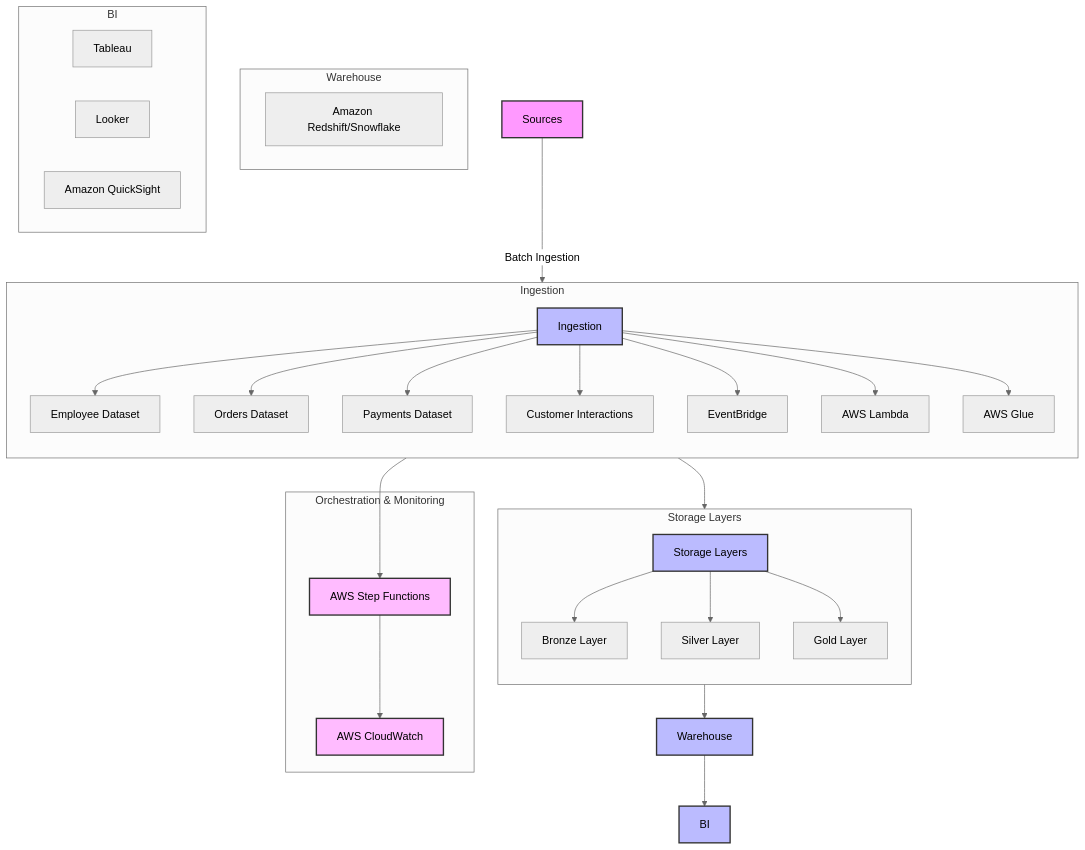
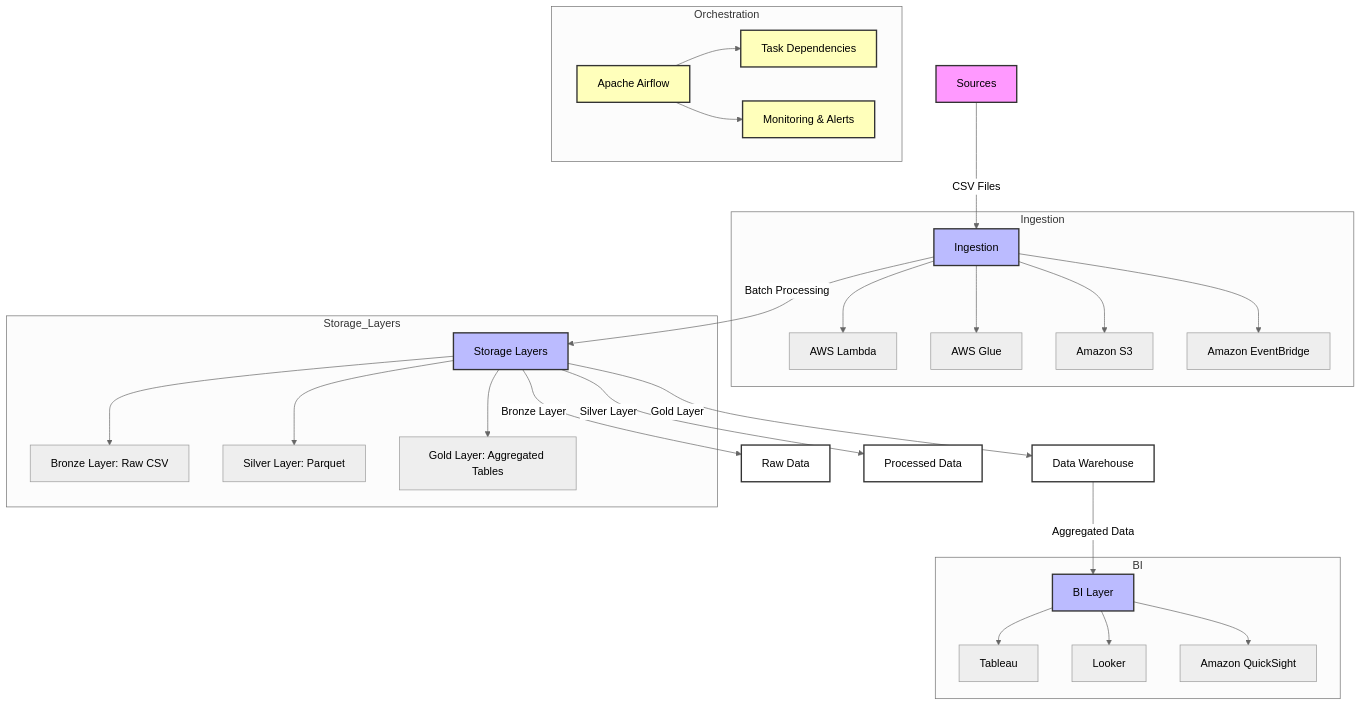
Before and after one commit to sreemaanshivkirth05/ai-data-engineer: the diagram in outputs/architecture_diagram.md, drawn with Mermaid (neutral theme). The commit also changed 32 other files, not shown here.

````diff
--- a/outputs/architecture_diagram.md
+++ b/outputs/architecture_diagram.md
@@ -1,63 +1,57 @@
 ```mermaid
 graph TD
-    A[Sources] -->|Batch Ingestion| B[Ingestion]
-    B --> C[Storage Layers]
-    C --> D[Warehouse]
-    D --> E[BI]
+    A[Sources] -->|CSV Files| B[Ingestion]
+    B -->|Batch Processing| C[Storage Layers]
+    C -->|Bronze Layer| D[Raw Data]
+    C -->|Silver Layer| E[Processed Data]
+    C -->|Gold Layer| F[Data Warehouse]
+    F -->|Aggregated Data| G[BI Layer]
     
     subgraph Ingestion
-        direction TB
-        B1[Employee Dataset]
-        B2[Orders Dataset]
-        B3[Payments Dataset]
-        B4[Customer Interactions]
-        B5[EventBridge]
-        B6[AWS Lambda]
-        B7[AWS Glue]
-        
+        B1[AWS Lambda]
+        B2[AWS Glue]
+        B3[Amazon S3]
+        B4[Amazon EventBridge]
         B --> B1
         B --> B2
         B --> B3
         B --> B4
-        B --> B5
-        B --> B6
-        B --> B7
     end
 
-    subgraph Storage Layers
-        direction TB
-        C1[Bronze Layer]
-        C2[Silver Layer]
-        C3[Gold Layer]
-        
+    subgraph Storage_Layers
+        C1[Bronze Layer: Raw CSV]
+        C2[Silver Layer: Parquet]
+        C3[Gold Layer: Aggregated Tables]
         C --> C1
         C --> C2
         C --> C3
     end
 
-    subgraph Warehouse
-        D1[Amazon Redshift/Snowflake]
+    subgraph Orchestration
+        O1[Apache Airflow]
+        O2[Task Dependencies]
+        O3[Monitoring & Alerts]
+        O1 --> O2
+        O1 --> O3
     end
 
     subgraph BI
-        E1[Tableau]
-        E2[Looker]
-        E3[Amazon QuickSight]
+        G1[Tableau]
+        G2[Looker]
+        G3[Amazon QuickSight]
+        G --> G1
+        G --> G2
+        G --> G3
     end
 
-    subgraph Orchestration & Monitoring
-        F[AWS Step Functions]
-        G[AWS CloudWatch]
-        
-        B --> F
-        F --> G
-    end
-
-    style A fill:#f9f,stroke:#333,stroke-width:2px
-    style B fill:#bbf,stroke:#333,stroke-width:2px
-    style C fill:#bbf,stroke:#333,stroke-width:2px
-    style D fill:#bbf,stroke:#333,stroke-width:2px
-    style E fill:#bbf,stroke:#333,stroke-width:2px
-    style F fill:#fbf,stroke:#333,stroke-width:2px
-    style G fill:#fbf,stroke:#333,stroke-width:2px
+    style A fill:#f9f,stroke:#333,stroke-width:2px;
+    style B fill:#bbf,stroke:#333,stroke-width:2px;
+    style C fill:#bbf,stroke:#333,stroke-width:2px;
+    style D fill:#fff,stroke:#333,stroke-width:2px;
+    style E fill:#fff,stroke:#333,stroke-width:2px;
+    style F fill:#fff,stroke:#333,stroke-width:2px;
+    style G fill:#bbf,stroke:#333,stroke-width:2px;
+    style O1 fill:#ffb,stroke:#333,stroke-width:2px;
+    style O2 fill:#ffb,stroke:#333,stroke-width:2px;
+    style O3 fill:#ffb,stroke:#333,stroke-width:2px;
 ```
````
